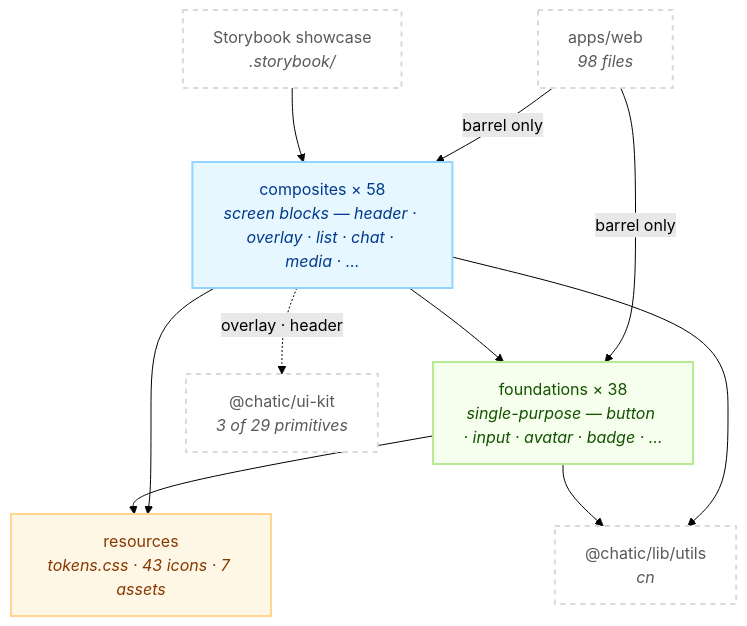
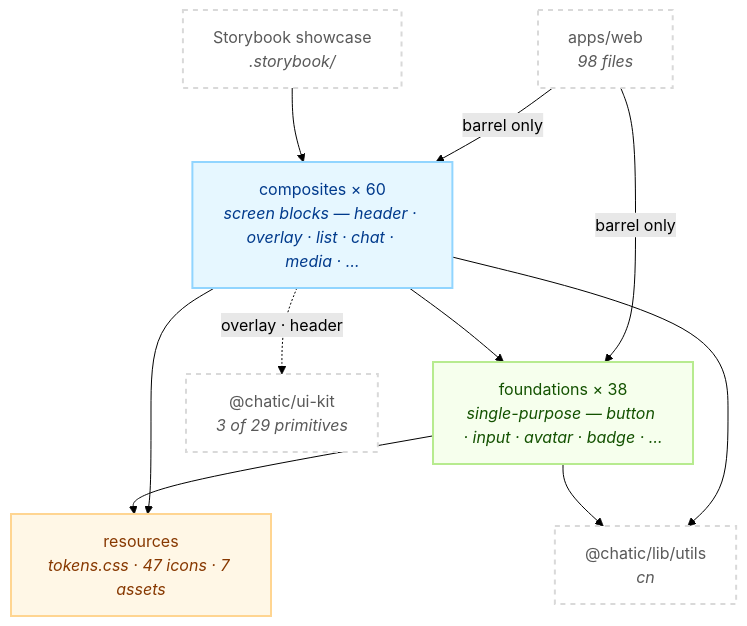
Before and after one commit to lemoncloud-io/dou-app: the first of 2 diagrams in libs/web-ui-kit/README.md, drawn with Mermaid (forest theme). The commit also changed other lines of this file and 26 other files, not shown here.

````diff
--- a/libs/web-ui-kit/README.md
+++ b/libs/web-ui-kit/README.md
@@ -102,27 +107,27 @@
 ```mermaid
 flowchart TD
     classDef comp fill:#e6f7ff,stroke:#91d5ff,stroke-width:2px,color:#003a8c;
     classDef found fill:#f6ffed,stroke:#b7eb8f,stroke-width:2px,color:#135200;
     classDef res fill:#fff7e6,stroke:#ffd591,stroke-width:2px,color:#873800;
     classDef ext fill:#ffffff,stroke:#d9d9d9,stroke-width:2px,color:#595959,stroke-dasharray: 5 5;
 
     App["apps/web<br/><i>98 files</i>"]:::ext
     SB["Storybook showcase<br/><i>.storybook/</i>"]:::ext
 
-    C["composites × 58<br/><i>screen blocks — header · overlay · list · chat · media · …</i>"]:::comp
+    C["composites × 60<br/><i>screen blocks — header · overlay · list · chat · media · …</i>"]:::comp
     F["foundations × 38<br/><i>single-purpose — button · input · avatar · badge · …</i>"]:::found
-    R["resources<br/><i>tokens.css · 43 icons · 7 assets</i>"]:::res
+    R["resources<br/><i>tokens.css · 47 icons · 7 assets</i>"]:::res
 
     UK["@chatic/ui-kit<br/><i>3 of 29 primitives</i>"]:::ext
     CN["@chatic/lib/utils<br/><i>cn</i>"]:::ext
 
     App -->|"barrel only"| C
     App -->|"barrel only"| F
     SB --> C
     C --> F
     C --> R
     F --> R
     C -.->|"overlay · header"| UK
     C --> CN
     F --> CN
 ```
````
